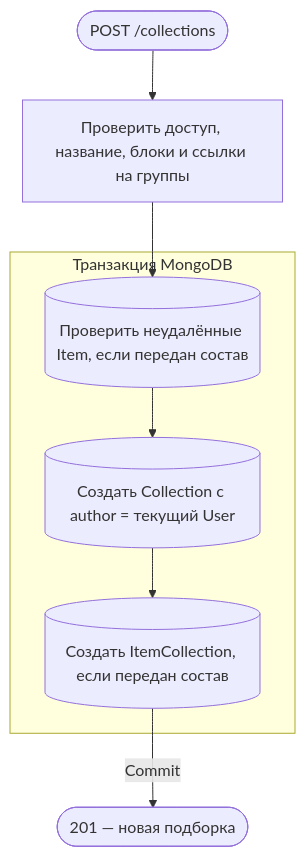
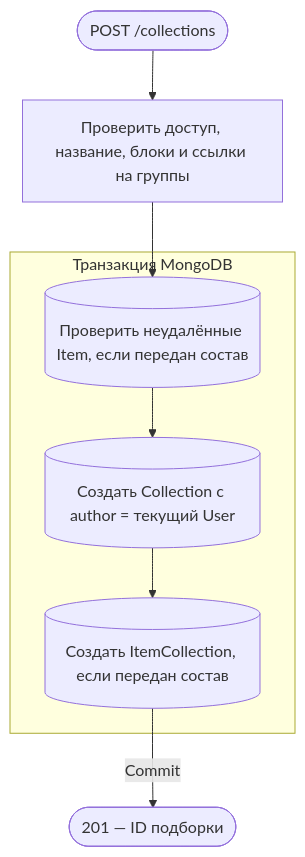
One commit to AmyGrooove/f95-tinder changed the third of 8 diagrams in apps/api/public/docs/api/requestFlows/collections.md. Above: the diagram before and after it, drawn with Mermaid. The commit also changed other lines of this file and 230 other files, not shown here.

````diff
--- a/apps/api/public/docs/api/requestFlows/collections.md
+++ b/apps/api/public/docs/api/requestFlows/collections.md
@@ -100,13 +48,13 @@
 ```mermaid
 flowchart TD
     accTitle: Создание подборки
     accDescr: Проверить пользователя, название и структуру блоков, одной транзакцией проверить Item и создать Collection с ItemCollection, ответить после commit
     A(["POST /collections"]):::http --> B["Проверить доступ, название, блоки и ссылки на группы"]:::action
     subgraph TX["Транзакция MongoDB"]
         C[("Проверить неудалённые Item, если передан состав")]:::data
         C --> D[("Создать Collection с author = текущий User")]:::data
         D --> E[("Создать ItemCollection, если передан состав")]:::data
     end
     B --> C
-    E -->|Commit| F(["201 — новая подборка"]):::http
+    E -->|Commit| F(["201 — ID подборки"]):::http
 ```
````
